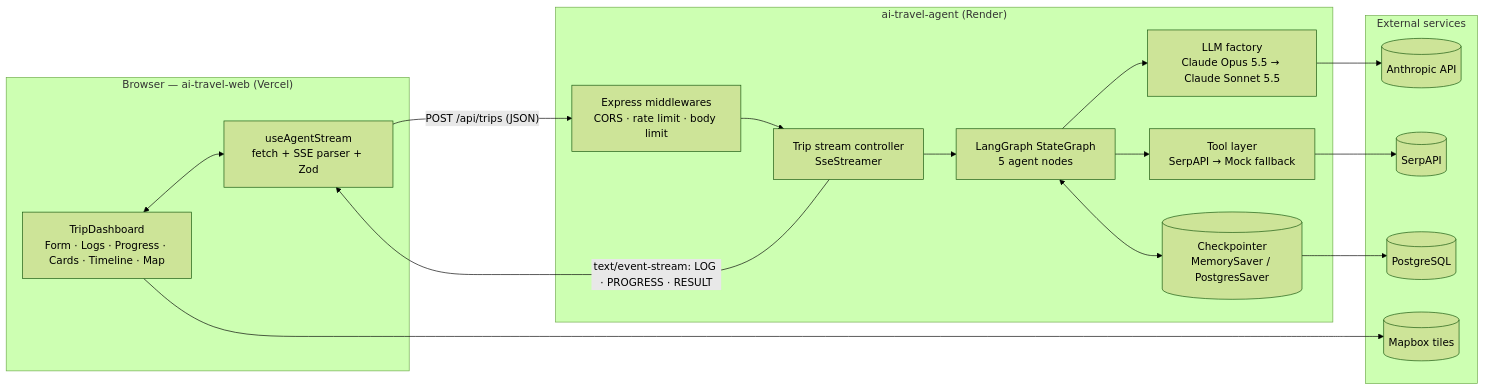
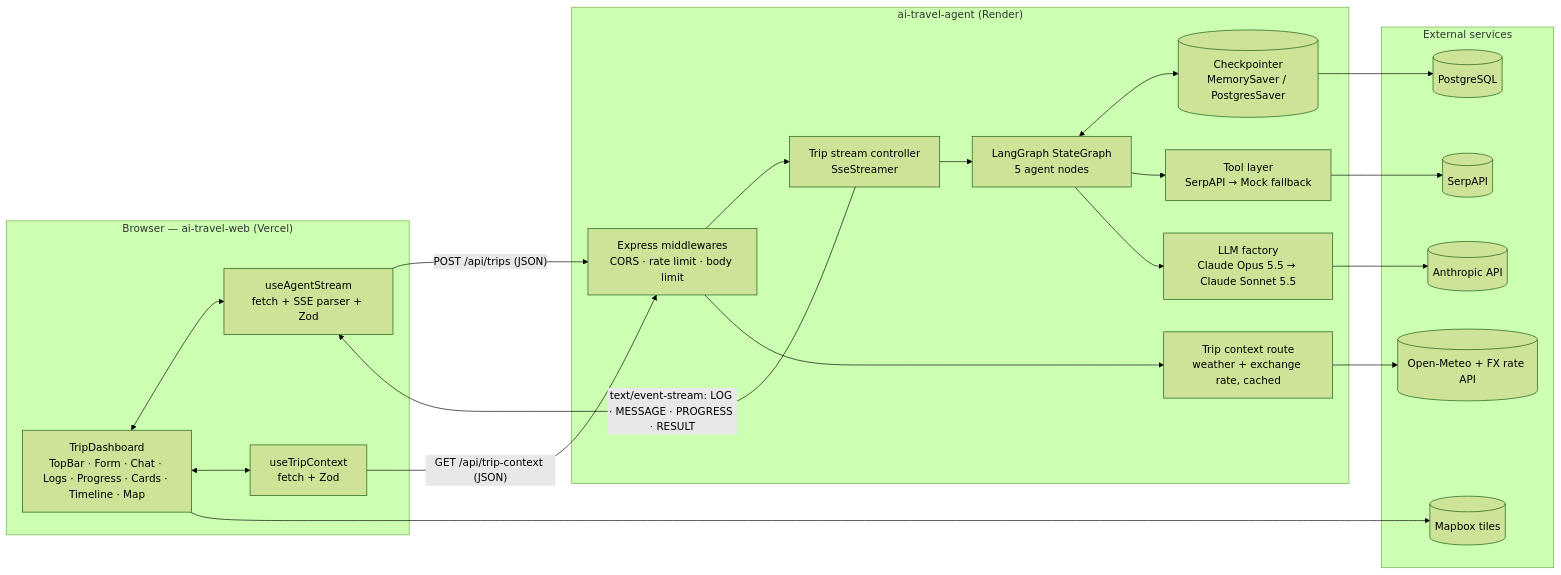
The first of 2 diagrams in ARCHITECTURE.md (Saidbek9092/ai-travel-planner), drawn with Mermaid (forest theme) before and after one commit. The commit also changed other lines of this file and 4 other files, not shown here.

First line of the commit message:
docs: spec chat decisions and top-bar lookup; merge PLAN.md into CLAUDE.md

````diff
--- a/ARCHITECTURE.md
+++ b/ARCHITECTURE.md
@@ -51,35 +54,42 @@
 ```mermaid
 flowchart LR
   subgraph Browser["Browser — ai-travel-web (Vercel)"]
-    UI[TripDashboard<br/>Form · Logs · Progress · Cards · Timeline · Map]
+    UI[TripDashboard<br/>TopBar · Form · Chat · Logs · Progress · Cards · Timeline · Map]
     Hook[useAgentStream<br/>fetch + SSE parser + Zod]
+    CtxHook[useTripContext<br/>fetch + Zod]
     UI <--> Hook
+    UI <--> CtxHook
   end
 
   subgraph Agent["ai-travel-agent (Render)"]
     MW[Express middlewares<br/>CORS · rate limit · body limit]
     Ctrl[Trip stream controller<br/>SseStreamer]
+    Ctx[Trip context route<br/>weather + exchange rate, cached]
     Graph[LangGraph StateGraph<br/>5 agent nodes]
     CP[(Checkpointer<br/>MemorySaver / PostgresSaver)]
     Tools[Tool layer<br/>SerpAPI → Mock fallback]
     LLM[LLM factory<br/>Claude Opus 5.5 → Claude Sonnet 5.5]
     MW --> Ctrl --> Graph
+    MW --> Ctx
     Graph <--> CP
     Graph --> Tools
     Graph --> LLM
   end
 
   subgraph External["External services"]
     Anthropic[(Anthropic API)]
     Serp[(SerpAPI)]
+    Geo[(Open-Meteo + FX rate API)]
     PG[(PostgreSQL)]
     Mapbox[(Mapbox tiles)]
   end
 
   Hook -- "POST /api/trips (JSON)" --> MW
-  Ctrl -- "text/event-stream: LOG · PROGRESS · RESULT" --> Hook
+  Ctrl -- "text/event-stream: LOG · MESSAGE · PROGRESS · RESULT" --> Hook
+  CtxHook -- "GET /api/trip-context (JSON)" --> MW
   LLM --> Anthropic
   Tools --> Serp
+  Ctx --> Geo
   CP --> PG
   UI --> Mapbox
 ```
````
